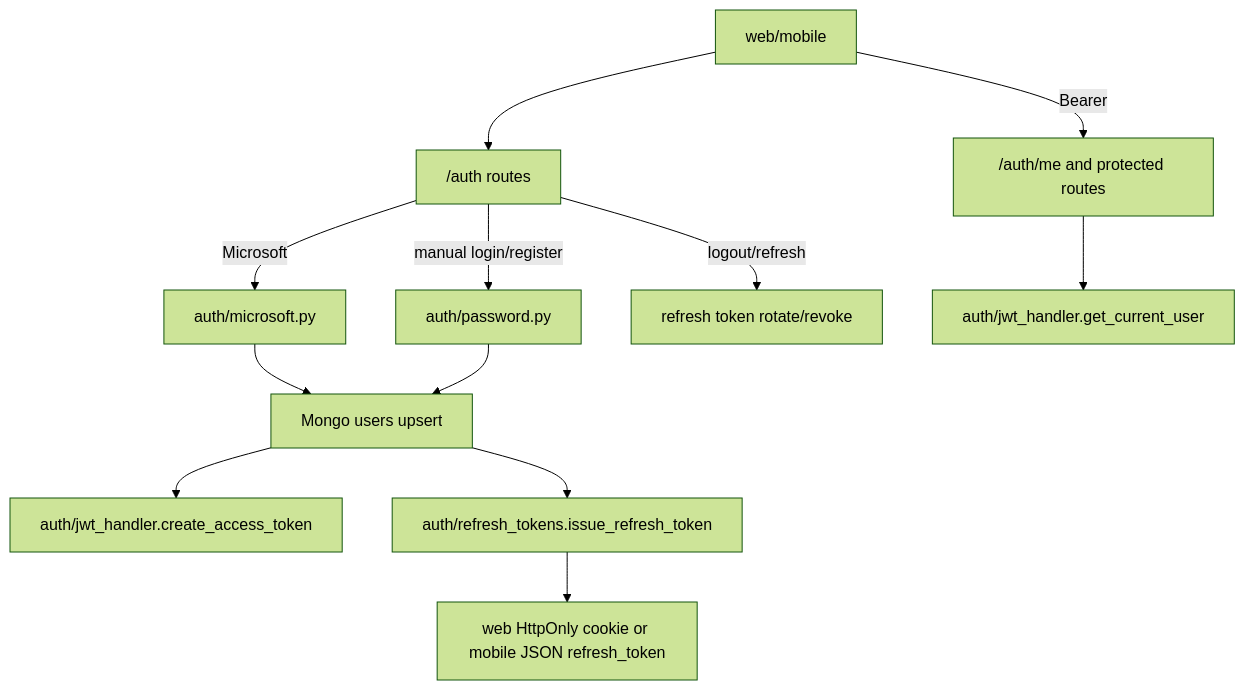
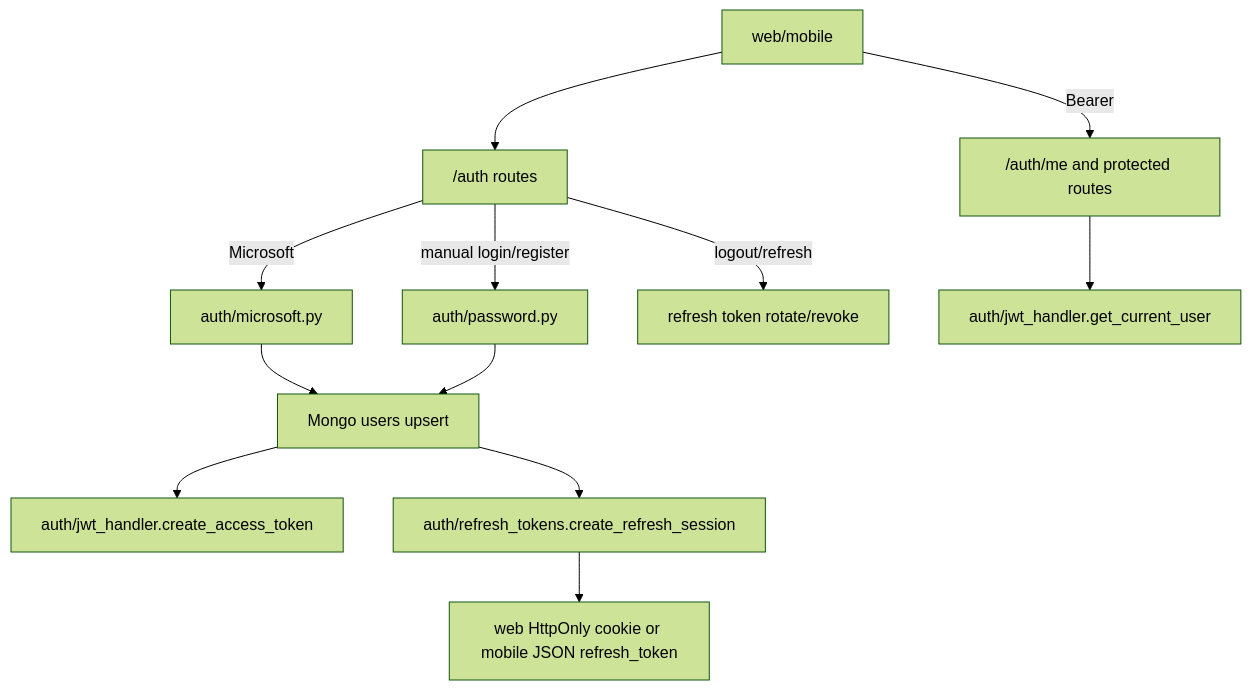
Before and after one commit to hoainam183/GR: the diagram in src/RAG_v2/routers/MODULE.md, drawn with Mermaid (forest theme). The commit also changed other lines of this file and 50 other files, not shown here.

````diff
--- a/src/RAG_v2/routers/MODULE.md
+++ b/src/RAG_v2/routers/MODULE.md
@@ -51,14 +51,14 @@
 ```mermaid
 flowchart TD
   Client["web/mobile"] --> Router["/auth routes"]
   Router -->|Microsoft| OAuth["auth/microsoft.py"]
   OAuth --> Upsert["Mongo users upsert"]
   Router -->|manual login/register| Password["auth/password.py"]
   Password --> Upsert
   Upsert --> Access["auth/jwt_handler.create_access_token"]
-  Upsert --> Refresh["auth/refresh_tokens.issue_refresh_token"]
+  Upsert --> Refresh["auth/refresh_tokens.create_refresh_session"]
   Refresh --> CookieOrJSON["web HttpOnly cookie or mobile JSON refresh_token"]
   Client -->|Bearer| Me["/auth/me and protected routes"]
   Me --> CurrentUser["auth/jwt_handler.get_current_user"]
   Router -->|logout/refresh| Rotate["refresh token rotate/revoke"]
 ```
````
